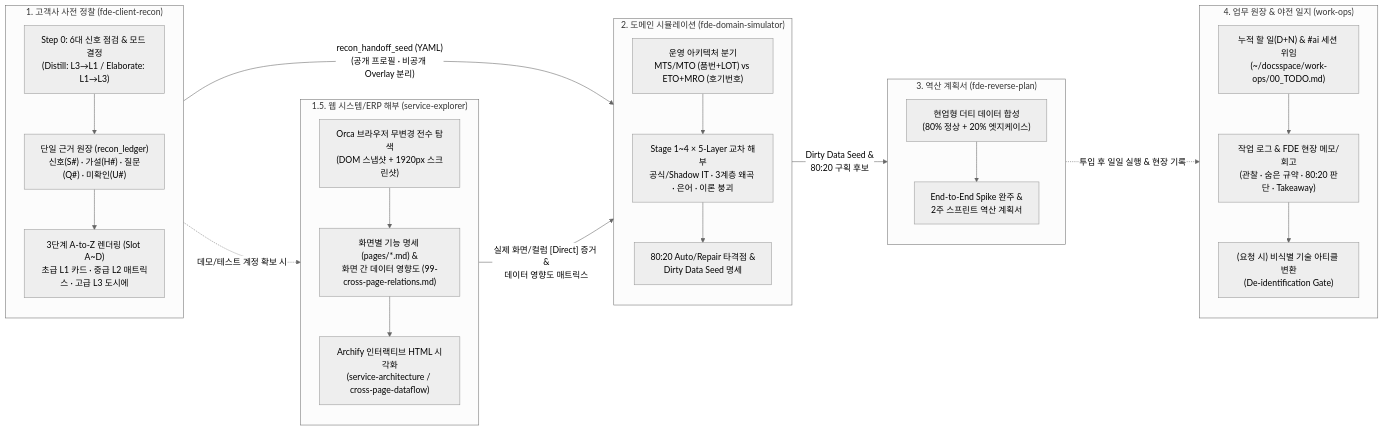
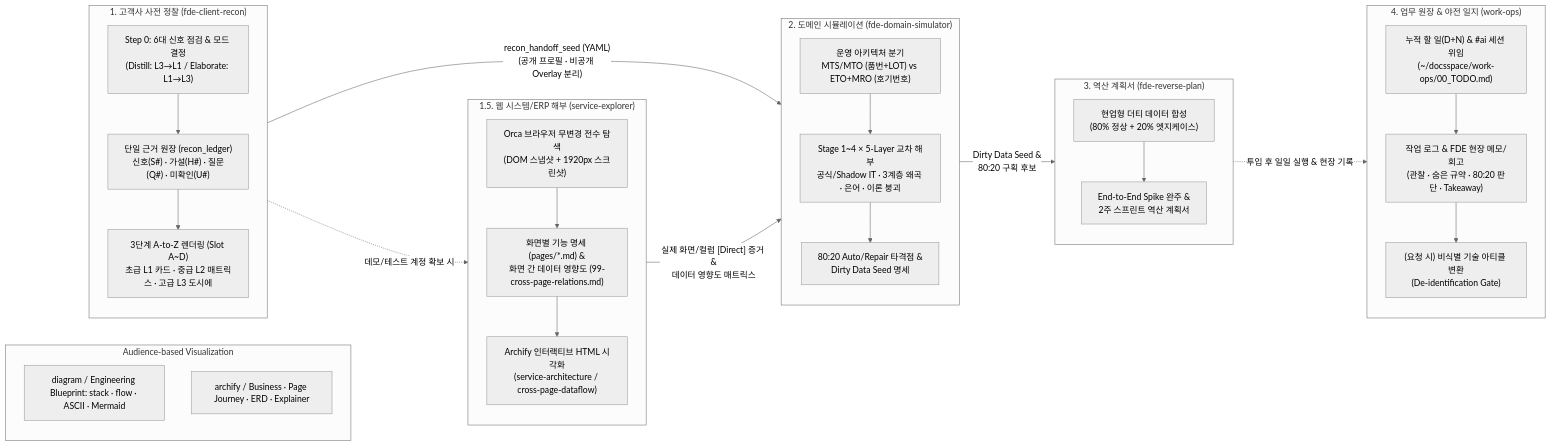
Before and after one commit to Dae-Jeong/fde-skills: the diagram in README.md, drawn with Mermaid (neutral theme). The commit also changed other lines of this file and 49 other files, not shown here.

Commit message:
feat(diagram): diagram-renderer 통합 및 결정적 엔지니어링 도면 CLI/스킬(diagram) 추가

````diff
--- a/README.md
+++ b/README.md
@@ -23,47 +38,51 @@
 ```mermaid
 flowchart LR
+  subgraph VIS["Audience-based Visualization"]
+    V1["diagram / Engineering Blueprint: stack · flow · ASCII · Mermaid"]
+    V2["archify / Business · Page Journey · ERD · Explainer"]
+  end
   subgraph S1["1. 고객사 사전 정찰 (fde-client-recon)"]
     direction TB
     R0["Step 0: 6대 신호 점검 & 모드 결정<br/>(Distill: L3→L1 / Elaborate: L1→L3)"]
     R1["단일 근거 원장 (recon_ledger)<br/>신호(S#) · 가설(H#) · 질문(Q#) · 미확인(U#)"]
     R2["3단계 A-to-Z 렌더링 (Slot A~D)<br/>초급 L1 카드 · 중급 L2 매트릭스 · 고급 L3 도시에"]
     R0 --> R1 --> R2
   end
 
   subgraph S1_5["1.5. 웹 시스템/ERP 해부 (service-explorer)"]
     direction TB
     E1["Orca 브라우저 무변경 전수 탐색<br/>(DOM 스냅샷 + 1920px 스크린샷)"]
     E2["화면별 기능 명세 (pages/*.md) &<br/>화면 간 데이터 영향도 (99-cross-page-relations.md)"]
     E3["Archify 인터랙티브 HTML 시각화<br/>(service-architecture / cross-page-dataflow)"]
     E1 --> E2 --> E3
   end
 
   subgraph S2["2. 도메인 시뮬레이션 (fde-domain-simulator)"]
     direction TB
     D1["운영 아키텍처 분기<br/>MTS/MTO (품번+LOT) vs ETO+MRO (호기번호)"]
     D2["Stage 1~4 × 5-Layer 교차 해부<br/>공식/Shadow IT · 3계층 왜곡 · 은어 · 이론 붕괴"]
     D3["80:20 Auto/Repair 타격점 &<br/>Dirty Data Seed 명세"]
     D1 --> D2 --> D3
   end
 
   subgraph S3["3. 역산 계획서 (fde-reverse-plan)"]
     direction TB
     P1["현업형 더티 데이터 합성<br/>(80% 정상 + 20% 엣지케이스)"]
     P2["End-to-End Spike 완주 &<br/>2주 스프린트 역산 계획서"]
     P1 --> P2
   end
 
   subgraph S4["4. 업무 원장 & 야전 일지 (work-ops)"]
     direction TB
     W0["누적 할 일(D+N) & #ai 세션 위임<br/>(~/docsspace/work-ops/00_TODO.md)"]
     W1["작업 로그 & FDE 현장 메모/회고<br/>(관찰 · 숨은 규약 · 80:20 판단 · Takeaway)"]
     W2["(요청 시) 비식별 기술 아티클 변환<br/>(De-identification Gate)"]
     W0 --> W1 --> W2
   end
 
   S1 -- "recon_handoff_seed (YAML)<br/>(공개 프로필 · 비공개 Overlay 분리)" --> S2
   S1 -. "데모/테스트 계정 확보 시" .-> S1_5
   S1_5 -- "실제 화면/컬럼 [Direct] 증거 &<br/>데이터 영향도 매트릭스" --> S2
   S2 -- "Dirty Data Seed &<br/>80:20 구획 후보" --> S3
   S3 -. "투입 후 일일 실행 & 현장 기록" .-> S4
 ```
````
